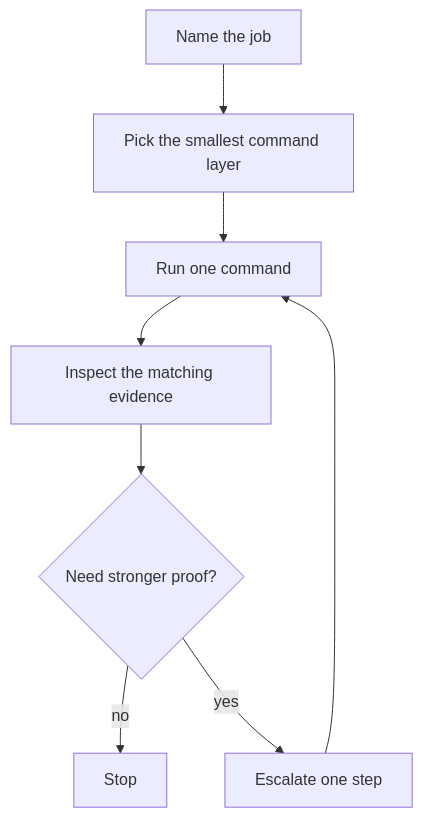
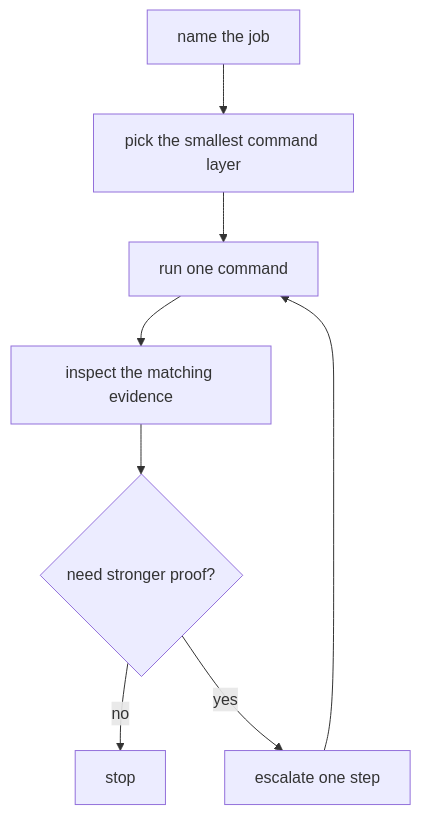
The diagram in programs/reproducible-research/deep-dive-snakemake/course-book/capstone/command-guide.md (bijux/bijux-masterclass), drawn with Mermaid before and after one commit. The commit also changed other lines of this file and 2 other files, not shown here.

````diff
--- a/programs/reproducible-research/deep-dive-snakemake/course-book/capstone/command-guide.md
+++ b/programs/reproducible-research/deep-dive-snakemake/course-book/capstone/command-guide.md
@@ -27,10 +34,10 @@
 ```mermaid
 flowchart TD
-  need["Name the job"] --> layer["Pick the smallest command layer"]
-  layer --> command["Run one command"]
-  command --> evidence["Inspect the matching evidence"]
-  evidence --> escalate{"Need stronger proof?"}
-  escalate -- no --> stop["Stop"]
-  escalate -- yes --> stronger["Escalate one step"]
+  need["name the job"] --> layer["pick the smallest command layer"]
+  layer --> command["run one command"]
+  command --> evidence["inspect the matching evidence"]
+  evidence --> escalate{"need stronger proof?"}
+  escalate -- no --> stop["stop"]
+  escalate -- yes --> stronger["escalate one step"]
   stronger --> command
 ```
````
